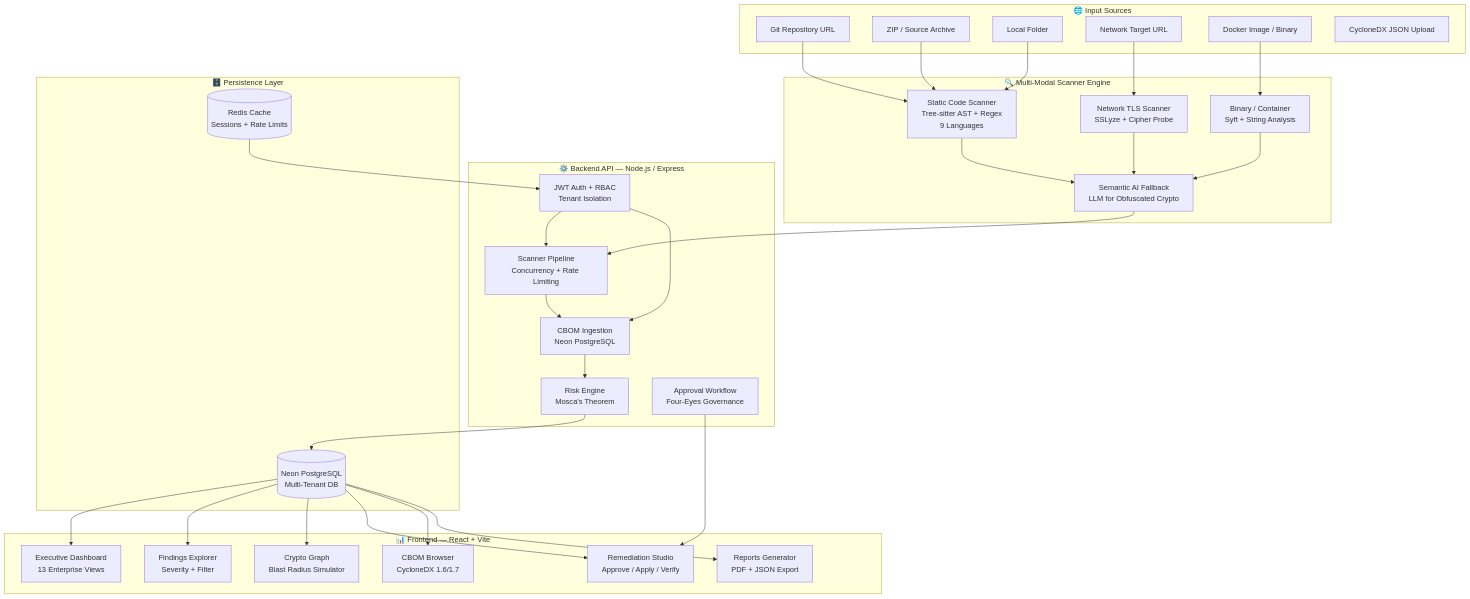
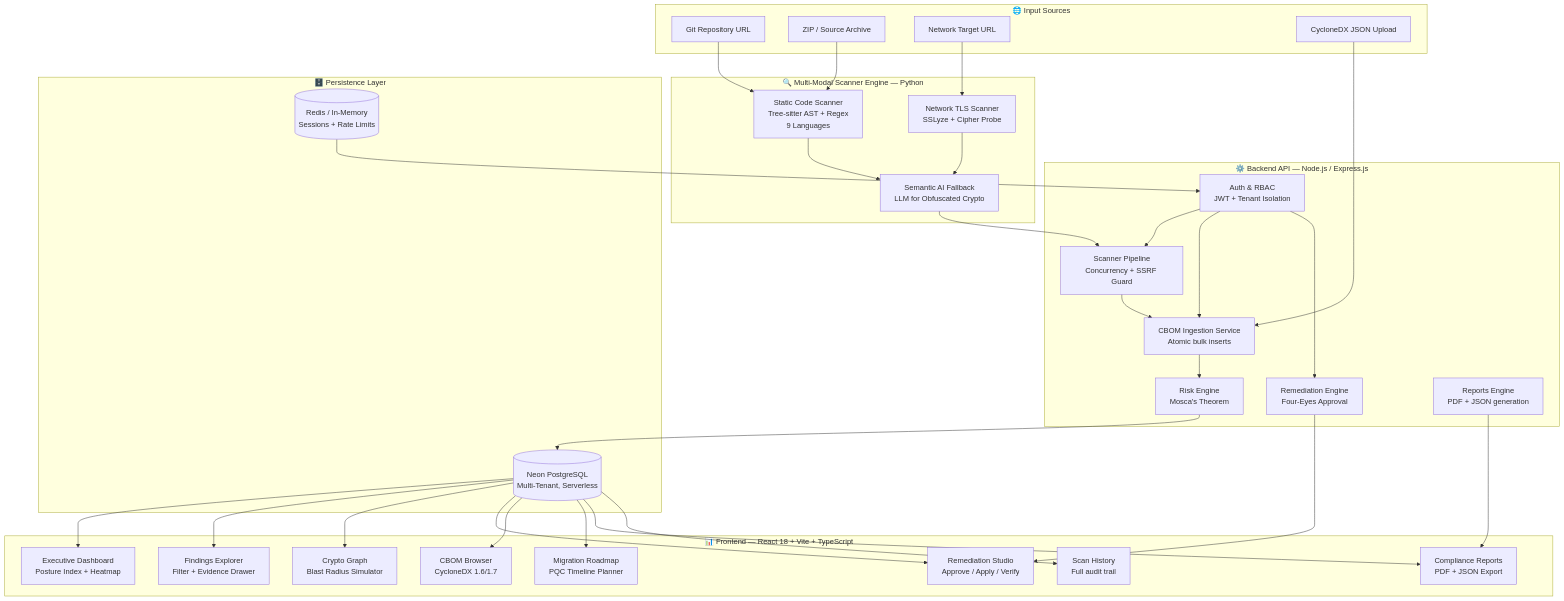
The first of 6 diagrams in README.md (jeevanchandrashekhar31-a11y/ECDAT), drawn with Mermaid before and after one commit. The commit also changed other lines of this file, not shown here.

Commit message:
docs: write comprehensive SIH judge-tailored README with architecture, future scope, and story

````diff
--- a/README.md
+++ b/README.md
@@ -58,53 +89,51 @@
 ```mermaid
 graph TB
-  subgraph "🌐 Input Sources"
-    A[Git Repository URL]
-    B[ZIP / Source Archive]
-    C[Local Folder]
-    D[Network Target URL]
-    E[Docker Image / Binary]
-    F[CycloneDX JSON Upload]
-  end
+    subgraph "🌐 Input Sources"
+        A[Git Repository URL]
+        B[ZIP / Source Archive]
+        C[Network Target URL]
+        D[CycloneDX JSON Upload]
+    end
 
-  subgraph "🔍 Multi-Modal Scanner Engine"
-    G[Static Code Scanner<br/>Tree-sitter AST + Regex<br/>9 Languages]
-    H[Network TLS Scanner<br/>SSLyze + Cipher Probe]
-    I[Binary / Container<br/>Syft + String Analysis]
-    J[Semantic AI Fallback<br/>LLM for Obfuscated Crypto]
-  end
+    subgraph "🔍 Multi-Modal Scanner Engine — Python"
+        E[Static Code Scanner<br/>Tree-sitter AST + Regex<br/>9 Languages]
+        F[Network TLS Scanner<br/>SSLyze + Cipher Probe]
+        G[Semantic AI Fallback<br/>LLM for Obfuscated Crypto]
+    end
 
-  subgraph "⚙️ Backend API — Node.js / Express"
-    K[Scanner Pipeline<br/>Concurrency + Rate Limiting]
-    L[CBOM Ingestion<br/>Neon PostgreSQL]
-    M[Risk Engine<br/>Mosca's Theorem]
-    N[Approval Workflow<br/>Four-Eyes Governance]
-    O[JWT Auth + RBAC<br/>Tenant Isolation]
-  end
+    subgraph "⚙️ Backend API — Node.js / Express.js"
+        H[Scanner Pipeline<br/>Concurrency + SSRF Guard]
+        I[CBOM Ingestion Service<br/>Atomic bulk inserts]
+        J[Risk Engine<br/>Mosca's Theorem]
+        K[Remediation Engine<br/>Four-Eyes Approval]
+        L[Auth & RBAC<br/>JWT + Tenant Isolation]
+        M[Reports Engine<br/>PDF + JSON generation]
+    end
 
-  subgraph "🗄️ Persistence Layer"
-    P[(Neon PostgreSQL<br/>Multi-Tenant DB)]
-    Q[(Redis Cache<br/>Sessions + Rate Limits)]
-  end
+    subgraph "🗄️ Persistence Layer"
+        N[(Neon PostgreSQL<br/>Multi-Tenant, Serverless)]
+        O[(Redis / In-Memory<br/>Sessions + Rate Limits)]
+    end
 
-  subgraph "📊 Frontend — React + Vite"
-    R[Executive Dashboard<br/>13 Enterprise Views]
-    S[Findings Explorer<br/>Severity + Filter]
-    T[Crypto Graph<br/>Blast Radius Simulator]
-    U[Remediation Studio<br/>Approve / Apply / Verify]
-    V[CBOM Browser<br/>CycloneDX 1.6/1.7]
-    W[Reports Generator<br/>PDF + JSON Export]
-  end
+    subgraph "📊 Frontend — React 18 + Vite + TypeScript"
+        P[Executive Dashboard<br/>Posture Index + Heatmap]
+        Q[Findings Explorer<br/>Filter + Evidence Drawer]
+        R[Crypto Graph<br/>Blast Radius Simulator]
+        S[Remediation Studio<br/>Approve / Apply / Verify]
+        T[CBOM Browser<br/>CycloneDX 1.6/1.7]
+        U[Migration Roadmap<br/>PQC Timeline Planner]
+        V[Compliance Reports<br/>PDF + JSON Export]
+        W[Scan History<br/>Full audit trail]
+    end
 
-  A & B & C --> G
-  D --> H
-  E --> I
-  G & H & I --> J
-  J --> K
-  K --> L
-  L --> M
-  M --> P
-  P --> R & S & T & U & V & W
-  O --> K & L
-  Q --> O
-  N --> U
+    A & B --> E
+    C --> F
+    D --> I
+    E & F --> G --> H
+    H --> I --> J --> N
+    N --> P & Q & R & S & T & U & V & W
+    L --> H & I & K
+    O --> L
+    K --> S
+    M --> V
 ```
````
